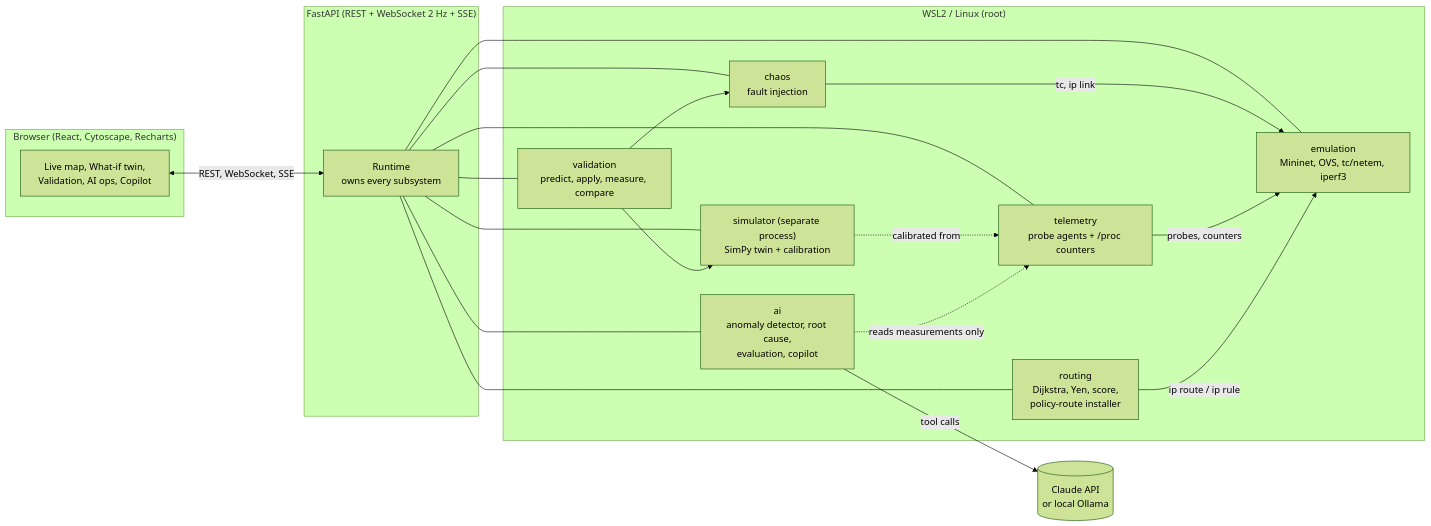
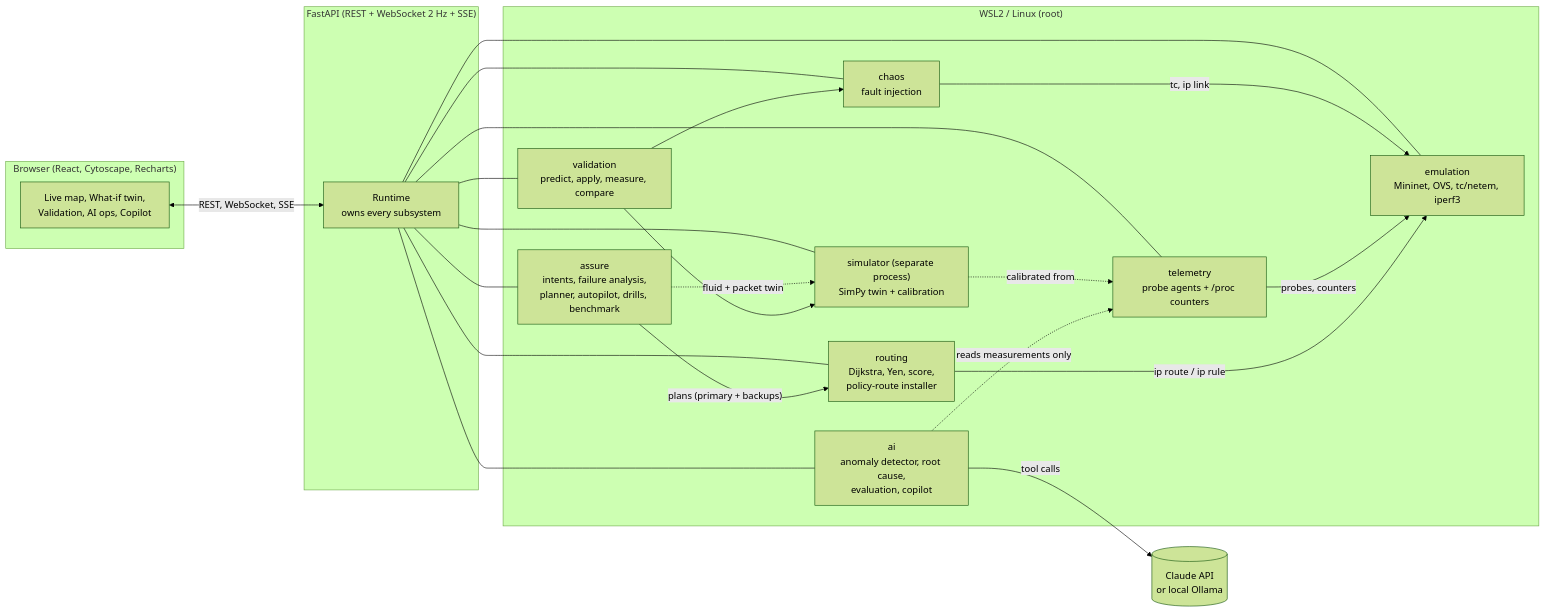
Before and after one commit to hrdk6/NETVISTA: the first of 8 diagrams in README.md, drawn with Mermaid (forest theme). The commit also changed other lines of this file and 73 other files, not shown here.

````diff
--- a/README.md
+++ b/README.md
@@ -43,33 +64,36 @@
 ```mermaid
 flowchart LR
     subgraph Browser["Browser (React, Cytoscape, Recharts)"]
         UI["Live map, What-if twin,<br/>Validation, AI ops, Copilot"]
     end
 
     subgraph API["FastAPI (REST + WebSocket 2 Hz + SSE)"]
         RT["Runtime<br/>owns every subsystem"]
     end
 
     subgraph WSL["WSL2 / Linux (root)"]
         EMU["emulation<br/>Mininet, OVS, tc/netem, iperf3"]
         TEL["telemetry<br/>probe agents + /proc counters"]
         CHAOS["chaos<br/>fault injection"]
         ROUTE["routing<br/>Dijkstra, Yen, score,<br/>policy-route installer"]
         SIM["simulator (separate process)<br/>SimPy twin + calibration"]
         VAL["validation<br/>predict, apply, measure, compare"]
         AI["ai<br/>anomaly detector, root cause,<br/>evaluation, copilot"]
+        AS["assure<br/>intents, failure analysis,<br/>planner, autopilot, drills, benchmark"]
     end
 
     LLM[("Claude API<br/>or local Ollama")]
 
     UI <-->|"REST, WebSocket, SSE"| RT
-    RT --- EMU & TEL & CHAOS & ROUTE & SIM & VAL & AI
+    RT --- EMU & TEL & CHAOS & ROUTE & SIM & VAL & AI & AS
+    AS -.->|"fluid + packet twin"| SIM
+    AS -->|"plans (primary + backups)"| ROUTE
     CHAOS -->|"tc, ip link"| EMU
     TEL -->|"probes, counters"| EMU
     ROUTE -->|"ip route / ip rule"| EMU
     SIM -.->|"calibrated from"| TEL
     VAL --> SIM
     VAL --> CHAOS
     AI -.->|"reads measurements only"| TEL
     AI -->|"tool calls"| LLM
 ```
````
